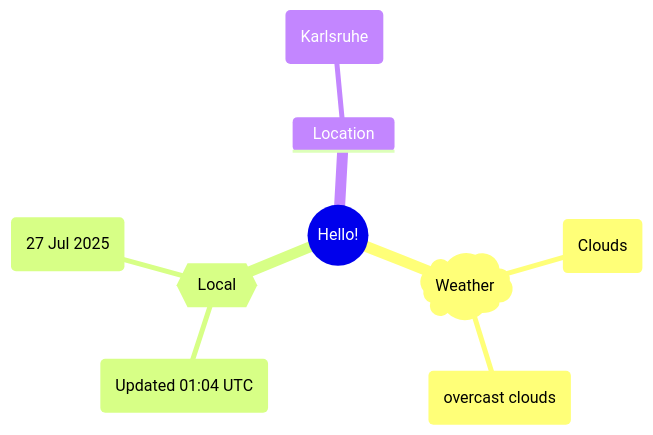
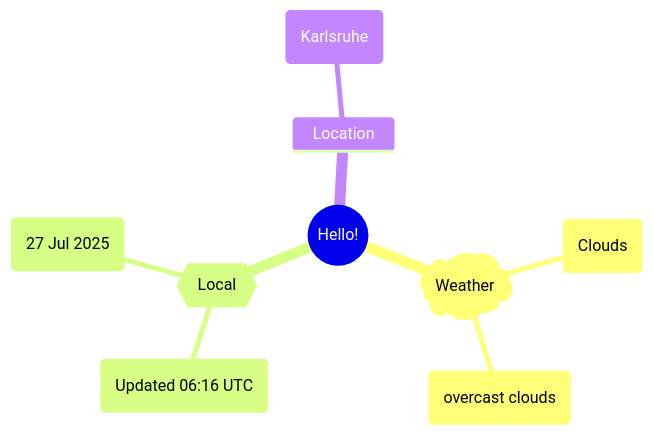
The first of 2 diagrams in README.md (Xosrov/Xosrov), drawn with Mermaid before and after one commit.

Commit message:
[bot] updated images

````diff
--- a/README.md
+++ b/README.md
@@ -3,12 +3,12 @@
 ```mermaid
 mindmap
   root((Hello!))
     )Weather(
         (Clouds)
         (overcast clouds)
     {{Local}}
-        (Updated 01:04 UTC)
+        (Updated 06:16 UTC)
         (27 Jul 2025)
     Location
         (Karlsruhe)
 ```
````
